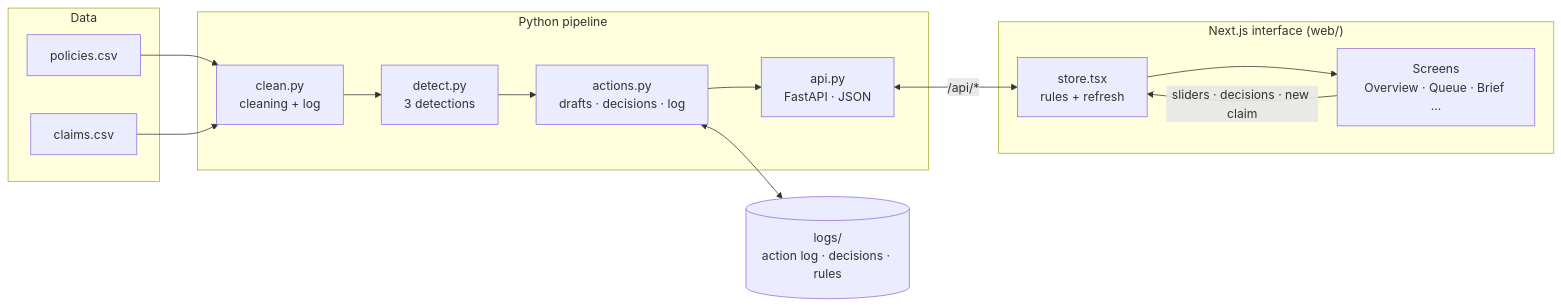
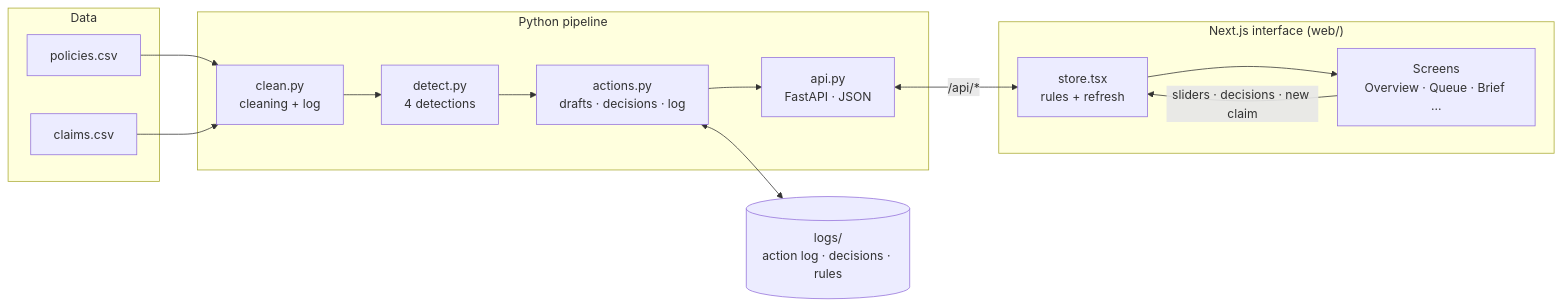
Before and after one commit to Arley100/millennium-signal: the first of 4 diagrams in README.md, drawn with Mermaid. The commit also changed other lines of this file and 20 other files, not shown here.

````diff
--- a/README.md
+++ b/README.md
@@ -105,25 +106,25 @@
 ```mermaid
 flowchart LR
     subgraph Data
         P[policies.csv]
         C[claims.csv]
     end
     subgraph Python["Python pipeline"]
         CL[clean.py<br/>cleaning + log]
-        DE[detect.py<br/>3 detections]
+        DE[detect.py<br/>4 detections]
         AC[actions.py<br/>drafts · decisions · log]
         API[api.py<br/>FastAPI · JSON]
     end
     subgraph Web["Next.js interface (web/)"]
         ST[store.tsx<br/>rules + refresh]
         UI[Screens<br/>Overview · Queue · Brief …]
     end
     L[(logs/<br/>action log · decisions · rules)]
 
     P --> CL
     C --> CL
     CL --> DE --> AC --> API
     AC <--> L
     API <-->|/api/*| ST --> UI
     UI -->|sliders · decisions · new claim| ST
 ```
````
